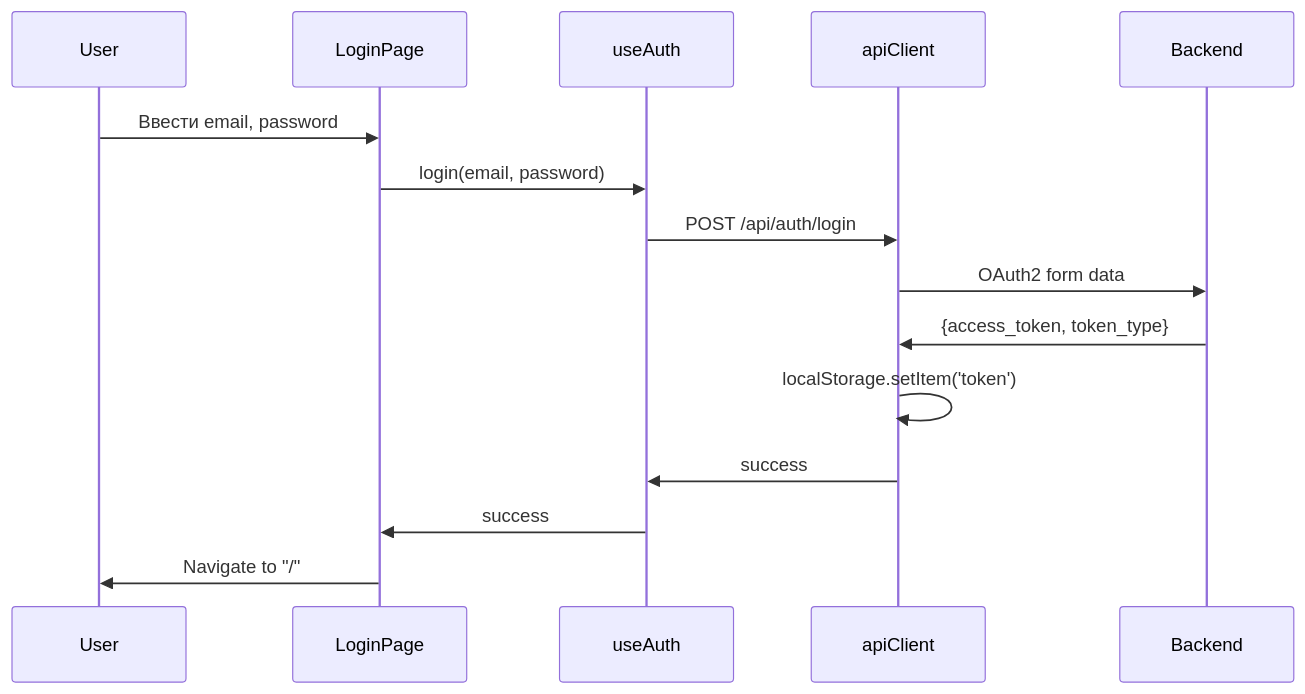
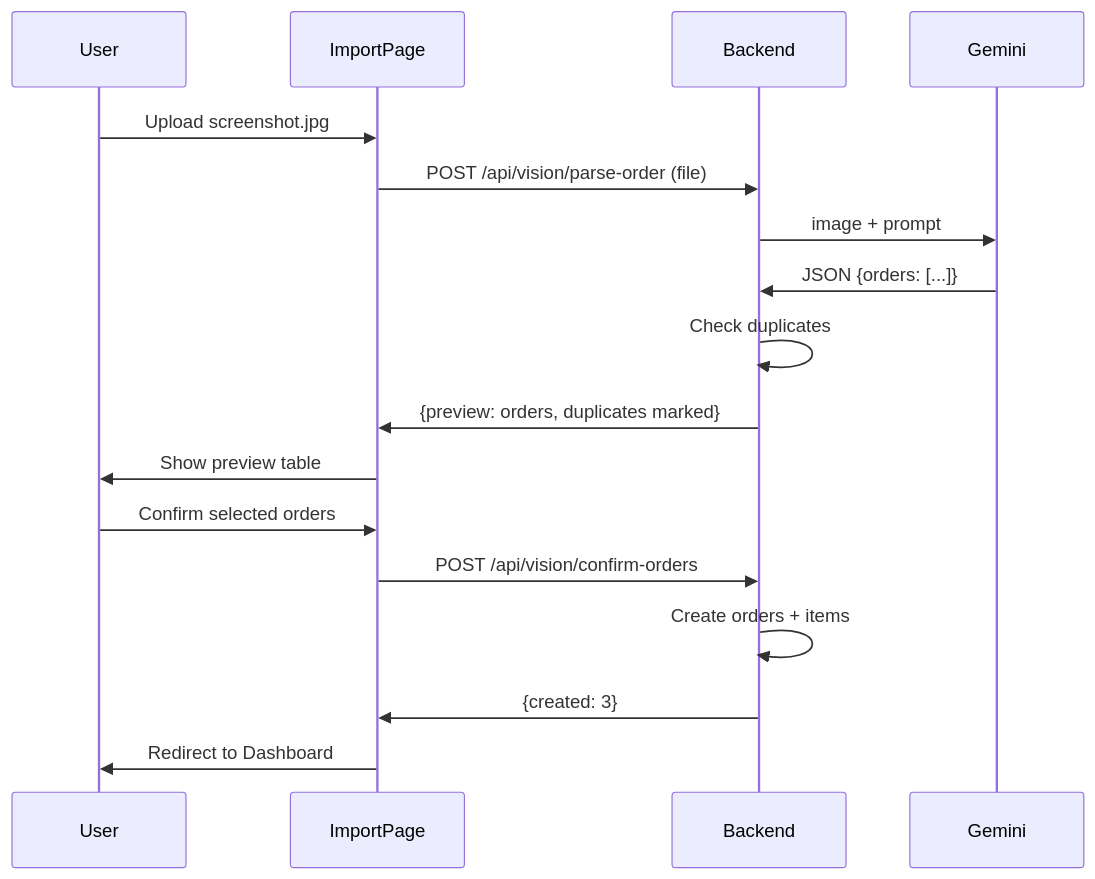
The second of 3 diagrams in ROADMAP_now.md (Brain-Master/BM_SmartParcelTracker), drawn with Mermaid before and after one commit. The commit also changed other lines of this file and 14 other files, not shown here.

````diff
--- a/ROADMAP_now.md
+++ b/ROADMAP_now.md
@@ -605,18 +738,21 @@
 ```mermaid
 sequenceDiagram
     participant User
-    participant LoginPage
-    participant useAuth
-    participant apiClient
+    participant ImportPage
     participant Backend
+    participant Gemini
+
+    User->>ImportPage: Upload screenshot.jpg
+    ImportPage->>Backend: POST /api/vision/parse-order (file)
+    Backend->>Gemini: image + prompt
+    Gemini->>Backend: JSON {orders: [...]}
+    Backend->>Backend: Check duplicates
+    Backend->>ImportPage: {preview: orders, duplicates marked}
+    ImportPage->>User: Show preview table
     
-    User->>LoginPage: Ввести email, password
-    LoginPage->>useAuth: login(email, password)
-    useAuth->>apiClient: POST /api/auth/login
-    apiClient->>Backend: OAuth2 form data
-    Backend->>apiClient: {access_token, token_type}
-    apiClient->>apiClient: localStorage.setItem('token')
-    apiClient->>useAuth: success
-    useAuth->>LoginPage: success
-    LoginPage->>User: Navigate to "/"
+    User->>ImportPage: Confirm selected orders
+    ImportPage->>Backend: POST /api/vision/confirm-orders
+    Backend->>Backend: Create orders + items
+    Backend->>ImportPage: {created: 3}
+    ImportPage->>User: Redirect to Dashboard
 ```
````
